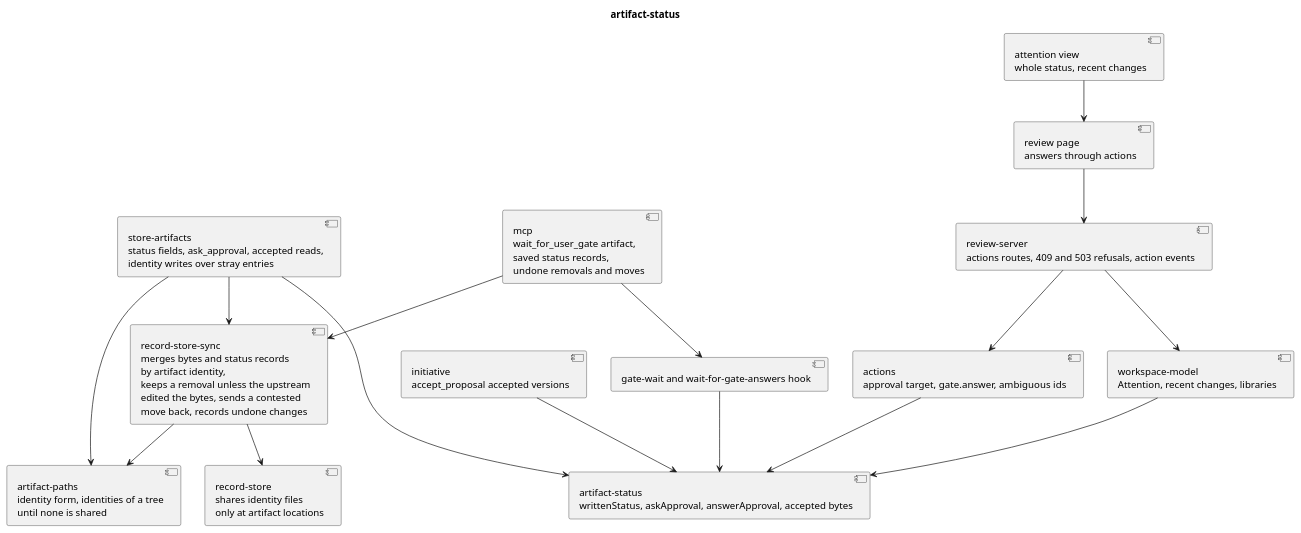
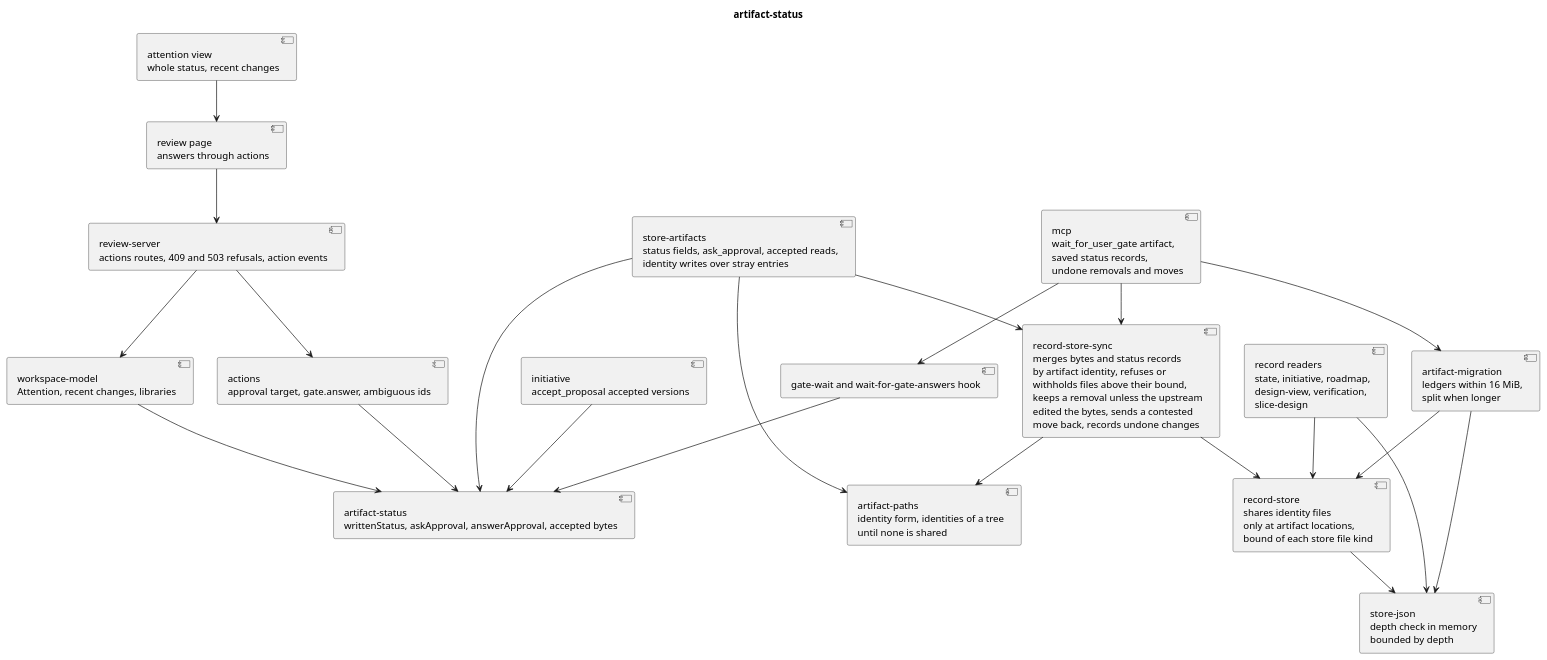
Before and after one commit to RumyantsevMichael/Prism: the diagram in docs/plans/workspace-artifacts/artifact-status/code.puml, drawn with PlantUML. The commit also changed 6 other files, not shown here.

First line of the commit message:
chore: limit store file sizes and comments per artifact

```diff
--- a/docs/plans/workspace-artifacts/artifact-status/code.puml
+++ b/docs/plans/workspace-artifacts/artifact-status/code.puml
@@ -1,33 +1,42 @@
 @startuml
 title artifact-status
 
 component "artifact-status\nwrittenStatus, askApproval, answerApproval, accepted bytes" as status
 component "store-artifacts\nstatus fields, ask_approval, accepted reads,\nidentity writes over stray entries" as tools
 component "initiative\naccept_proposal accepted versions" as initiative
 component "workspace-model\nAttention, recent changes, libraries" as model
 component "actions\napproval target, gate.answer, ambiguous ids" as actions
 component "review-server\nactions routes, 409 and 503 refusals, action events" as server
 component "review page\nanswers through actions" as page
 component "attention view\nwhole status, recent changes" as view
 component "gate-wait and wait-for-gate-answers hook" as wait
 component "mcp\nwait_for_user_gate artifact,\nsaved status records,\nundone removals and moves" as mcp
-component "record-store-sync\nmerges bytes and status records\nby artifact identity,\nkeeps a removal unless the upstream\nedited the bytes, sends a contested\nmove back, records undone changes" as sync
+component "record-store-sync\nmerges bytes and status records\nby artifact identity, refuses or\nwithholds files above their bound,\nkeeps a removal unless the upstream\nedited the bytes, sends a contested\nmove back, records undone changes" as sync
 component "artifact-paths\nidentity form, identities of a tree\nuntil none is shared" as paths
-component "record-store\nshares identity files\nonly at artifact locations" as layout
+component "record-store\nshares identity files\nonly at artifact locations,\nbound of each store file kind" as layout
+component "store-json\ndepth check in memory\nbounded by depth" as json
+component "record readers\nstate, initiative, roadmap,\ndesign-view, verification,\nslice-design" as readers
+component "artifact-migration\nledgers within 16 MiB,\nsplit when longer" as migration
 
 tools --> status
 initiative --> status
 model --> status
 server --> model
 server --> actions
 actions --> status
 view --> page
 page --> server
 mcp --> wait
 wait --> status
 mcp --> sync
 tools --> sync
 tools --> paths
 sync --> paths
 sync --> layout
+readers --> layout
+readers --> json
+migration --> json
+migration --> layout
+mcp --> migration
+layout --> json
 @enduml
```
